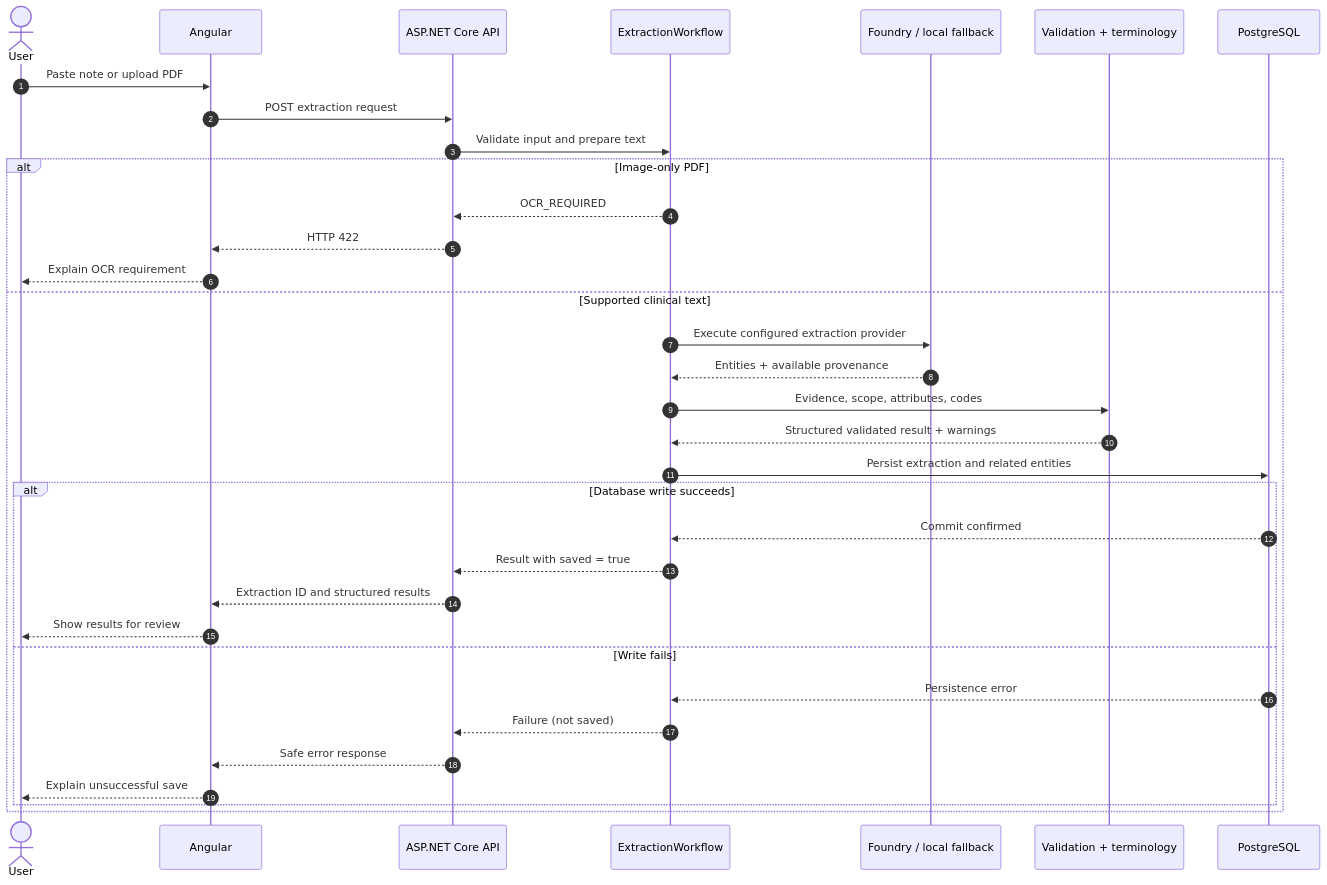
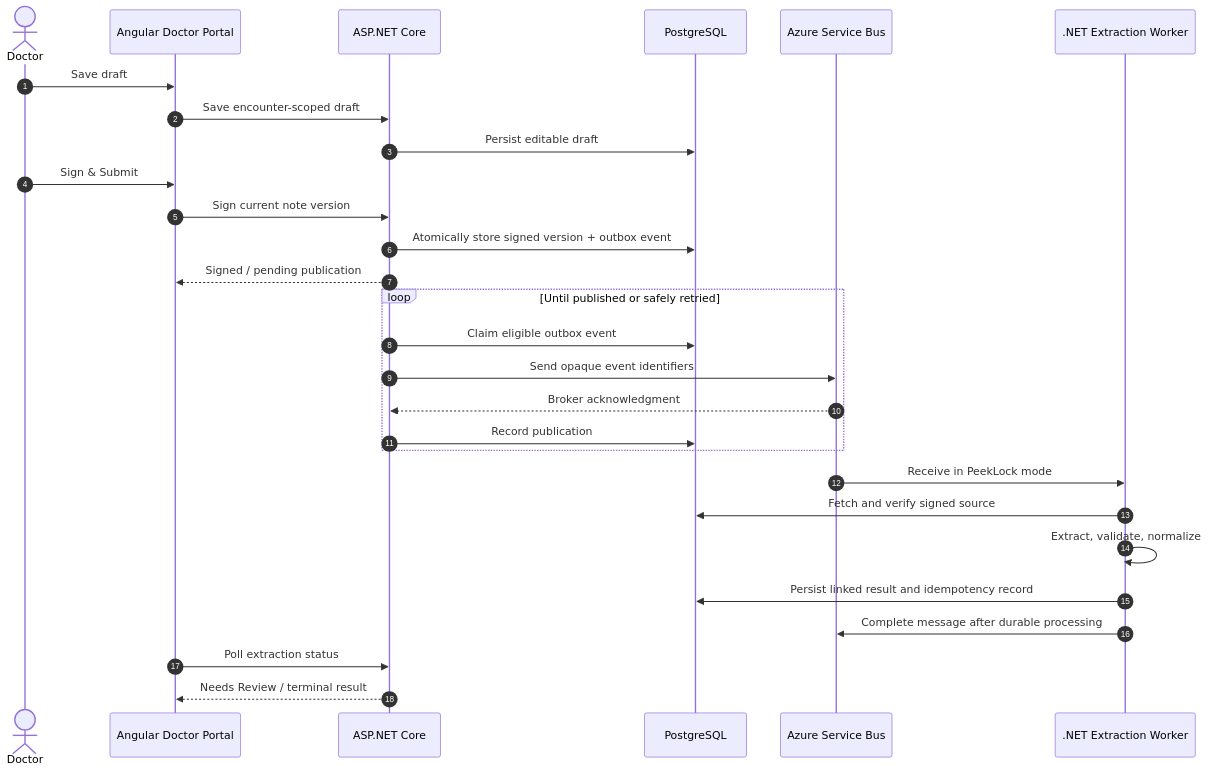
Before and after one commit to 935125/Apollo-Clinical-Extraction: the second of 2 diagrams in README.md, drawn with Mermaid. The commit also changed other lines of this file, not shown here.

Commit message:
docs: comprehensive Apollo platform README with horizontal architecture diagrams

````diff
--- a/README.md
+++ b/README.md
@@ -153,37 +128,31 @@
 ```mermaid
 sequenceDiagram
     autonumber
-    actor User as User
-    participant UI as Angular
-    participant API as ASP.NET Core API
-    participant WF as ExtractionWorkflow
-    participant Model as Foundry / local fallback
-    participant Checks as Validation + terminology
+    actor Doctor
+    participant UI as Angular Doctor Portal
+    participant API as ASP.NET Core
     participant DB as PostgreSQL
+    participant Bus as Azure Service Bus
+    participant Worker as .NET Extraction Worker
 
-    User->>UI: Paste note or upload PDF
-    UI->>API: POST extraction request
-    API->>WF: Validate input and prepare text
-    alt Image-only PDF
-        WF-->>API: OCR_REQUIRED
-        API-->>UI: HTTP 422
-        UI-->>User: Explain OCR requirement
-    else Supported clinical text
-        WF->>Model: Execute configured extraction provider
-        Model-->>WF: Entities + available provenance
-        WF->>Checks: Evidence, scope, attributes, codes
-        Checks-->>WF: Structured validated result + warnings
-        WF->>DB: Persist extraction and related entities
-        alt Database write succeeds
-            DB-->>WF: Commit confirmed
-            WF-->>API: Result with saved = true
-            API-->>UI: Extraction ID and structured results
-            UI-->>User: Show results for review
-        else Write fails
-            DB-->>WF: Persistence error
-            WF-->>API: Failure (not saved)
-            API-->>UI: Safe error response
-            UI-->>User: Explain unsuccessful save
-        end
+    Doctor->>UI: Save draft
+    UI->>API: Save encounter-scoped draft
+    API->>DB: Persist editable draft
+    Doctor->>UI: Sign & Submit
+    UI->>API: Sign current note version
+    API->>DB: Atomically store signed version + outbox event
+    API-->>UI: Signed / pending publication
+    loop Until published or safely retried
+        API->>DB: Claim eligible outbox event
+        API->>Bus: Send opaque event identifiers
+        Bus-->>API: Broker acknowledgment
+        API->>DB: Record publication
     end
+    Bus->>Worker: Receive in PeekLock mode
+    Worker->>DB: Fetch and verify signed source
+    Worker->>Worker: Extract, validate, normalize
+    Worker->>DB: Persist linked result and idempotency record
+    Worker->>Bus: Complete message after durable processing
+    UI->>API: Poll extraction status
+    API-->>UI: Needs Review / terminal result
 ```
````
